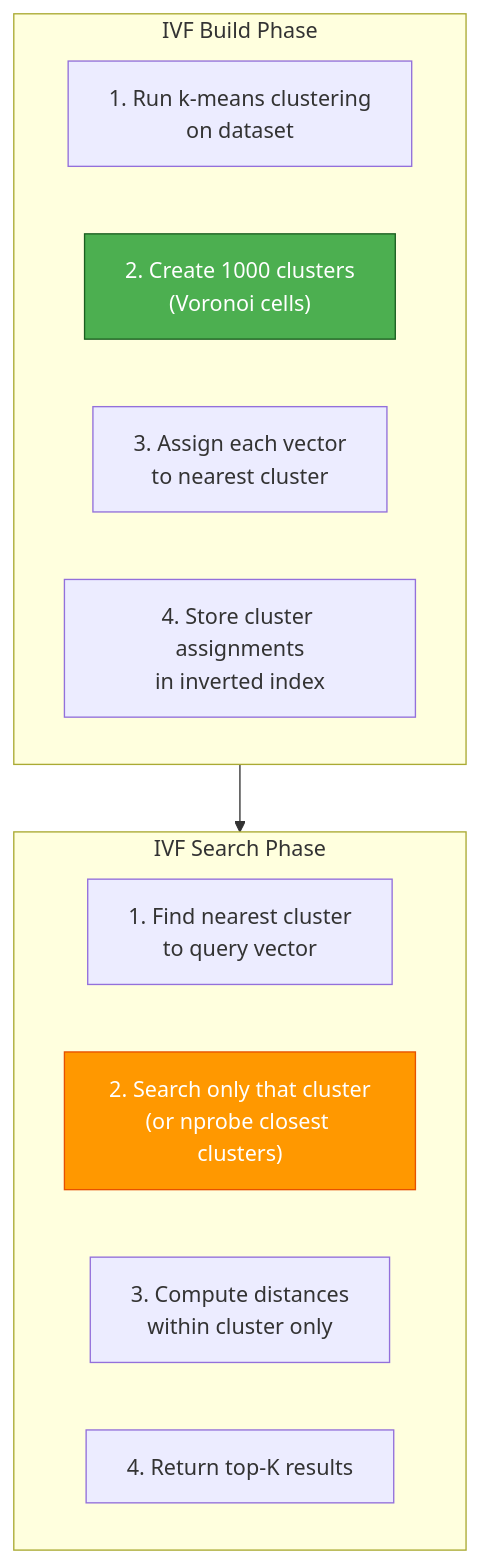
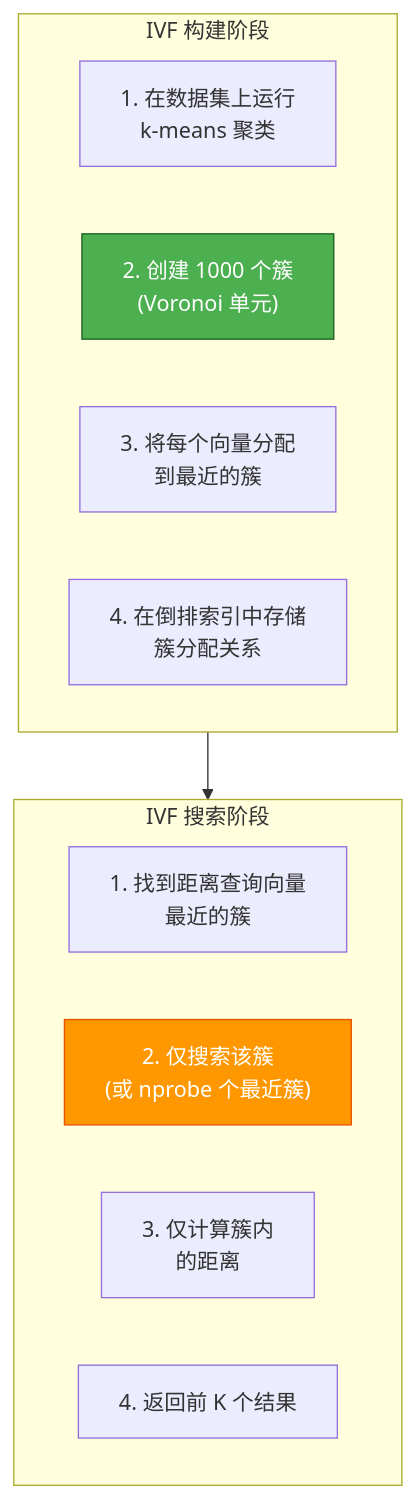
Before and after one commit to YiWang24/AiDIY: the fourth of 14 diagrams in i18n/zh-Hans/docusaurus-plugin-content-docs/current/ai/rag/03-index.mdx, drawn with Mermaid. The commit also changed other lines of this file and 59 other files, not shown here.

````diff
--- a/i18n/zh-Hans/docusaurus-plugin-content-docs/current/ai/rag/03-index.mdx
+++ b/i18n/zh-Hans/docusaurus-plugin-content-docs/current/ai/rag/03-index.mdx
@@ -205,21 +205,21 @@
 ```mermaid
 flowchart TB
-    subgraph Build["IVF Build Phase"]
-        B1["1. Run k-means clustering<br/>on dataset"]
-        B2["2. Create 1000 clusters<br/>(Voronoi cells)"]
-        B3["3. Assign each vector<br/>to nearest cluster"]
-        B4["4. Store cluster assignments<br/>in inverted index"]
+    subgraph Build["IVF 构建阶段"]
+        B1["1. 在数据集上运行<br/>k-means 聚类"]
+        B2["2. 创建 1000 个簇<br/>(Voronoi 单元)"]
+        B3["3. 将每个向量分配<br/>到最近的簇"]
+        B4["4. 在倒排索引中存储<br/>簇分配关系"]
     end
 
-    subgraph Search["IVF Search Phase"]
-        S1["1. Find nearest cluster<br/>to query vector"]
-        S2["2. Search only that cluster<br/>(or nprobe closest clusters)"]
-        S3["3. Compute distances<br/>within cluster only"]
-        S4["4. Return top-K results"]
+    subgraph Search["IVF 搜索阶段"]
+        S1["1. 找到距离查询向量<br/>最近的簇"]
+        S2["2. 仅搜索该簇<br/>(或 nprobe 个最近簇)"]
+        S3["3. 仅计算簇内<br/>的距离"]
+        S4["4. 返回前 K 个结果"]
     end
 
     Build --> Search
 
     style B2 fill:#4caf50,stroke:#1b5e20,color:#fff
     style S2 fill:#ff9800,stroke:#e65100,color:#fff
 ```
````
